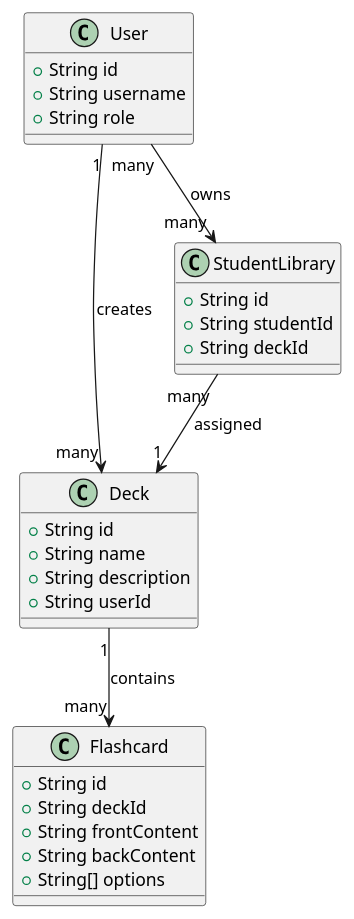
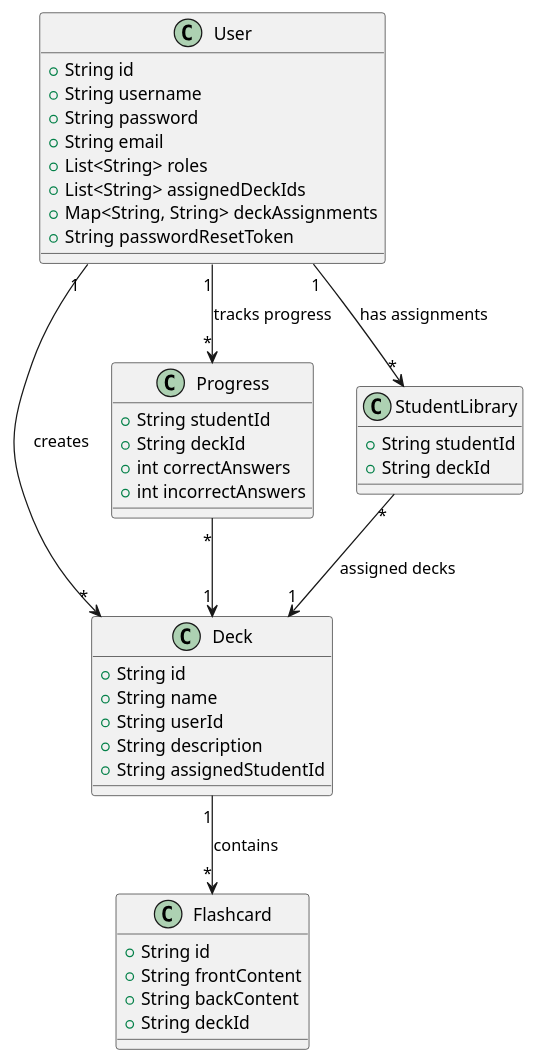
Before and after one commit to Alexandre-Scebba/flashcard-app: the diagram in docs/ER diagram.puml, drawn with PlantUML. The commit also changed 1 other file, not shown here.

```diff
--- a/docs/ER diagram.puml
+++ b/docs/ER diagram.puml
@@ -1,33 +1,48 @@
 @startuml
-class User {
-  +String id
-  +String username
-  +String role
-}
 
 class Deck {
-  +String id
-  +String name
-  +String description
-  +String userId
+  + String id
+  + String name
+  + String userId
+  + String description
+  + String assignedStudentId
 }
 
 class Flashcard {
-  +String id
-  +String deckId
-  +String frontContent
-  +String backContent
-  +String[] options
+  + String id
+  + String frontContent
+  + String backContent
+  + String deckId
+}
+
+class Progress {
+  + String studentId
+  + String deckId
+  + int correctAnswers
+  + int incorrectAnswers
 }
 
 class StudentLibrary {
-  +String id
-  +String studentId
-  +String deckId
+  + String studentId
+  + String deckId
 }
 
-User "1" --> "many" Deck : creates
-Deck "1" --> "many" Flashcard : contains
-User "many" --> "many" StudentLibrary : owns
-StudentLibrary "many" --> "1" Deck : assigned
+class User {
+  + String id
+  + String username
+  + String password
+  + String email
+  + List<String> roles
+  + List<String> assignedDeckIds
+  + Map<String, String> deckAssignments
+  + String passwordResetToken
+}
+
+User "1" --> "*" Deck : "creates"
+Deck "1" --> "*" Flashcard : "contains"
+User "1" --> "*" StudentLibrary : "has assignments"
+StudentLibrary "*" --> "1" Deck : "assigned decks"
+User "1" --> "*" Progress : "tracks progress"
+Progress "*" --> "1" Deck
+
 @enduml
```
